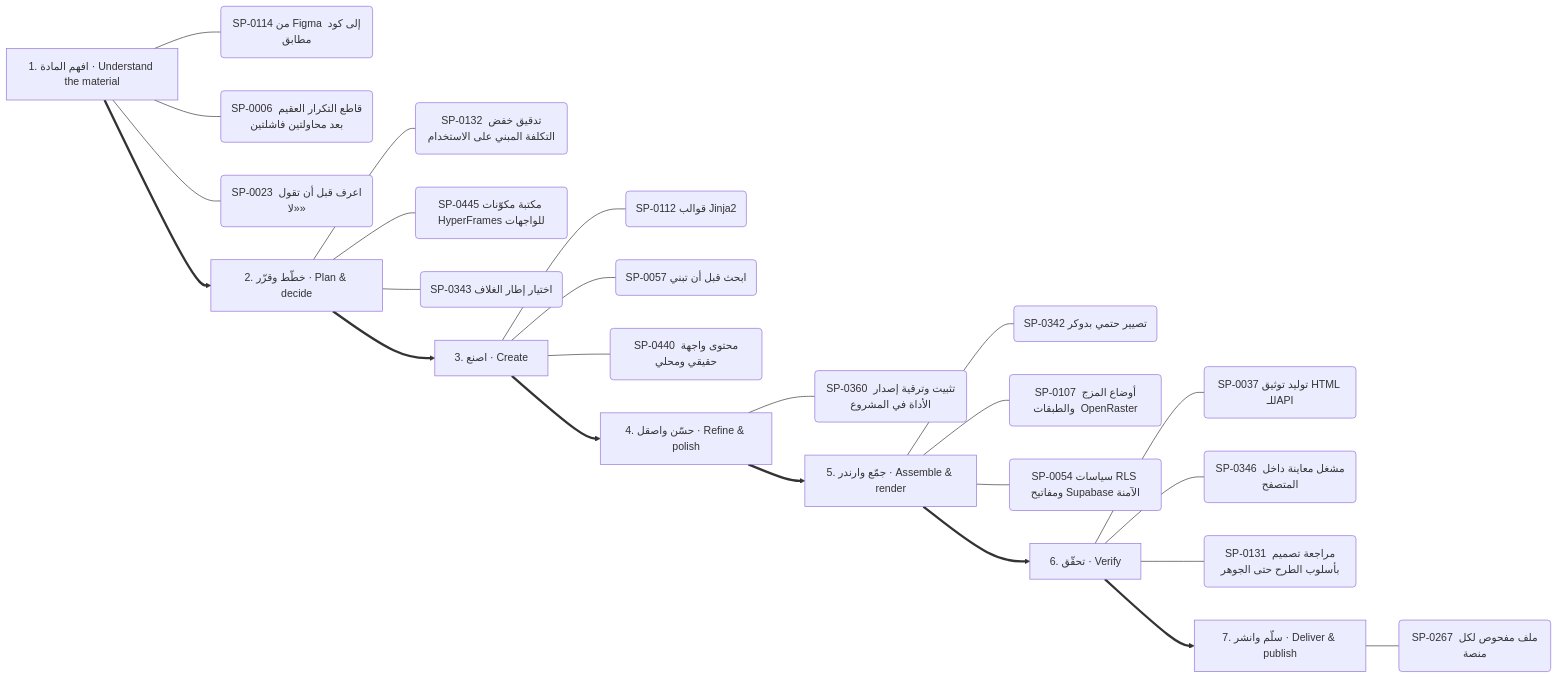
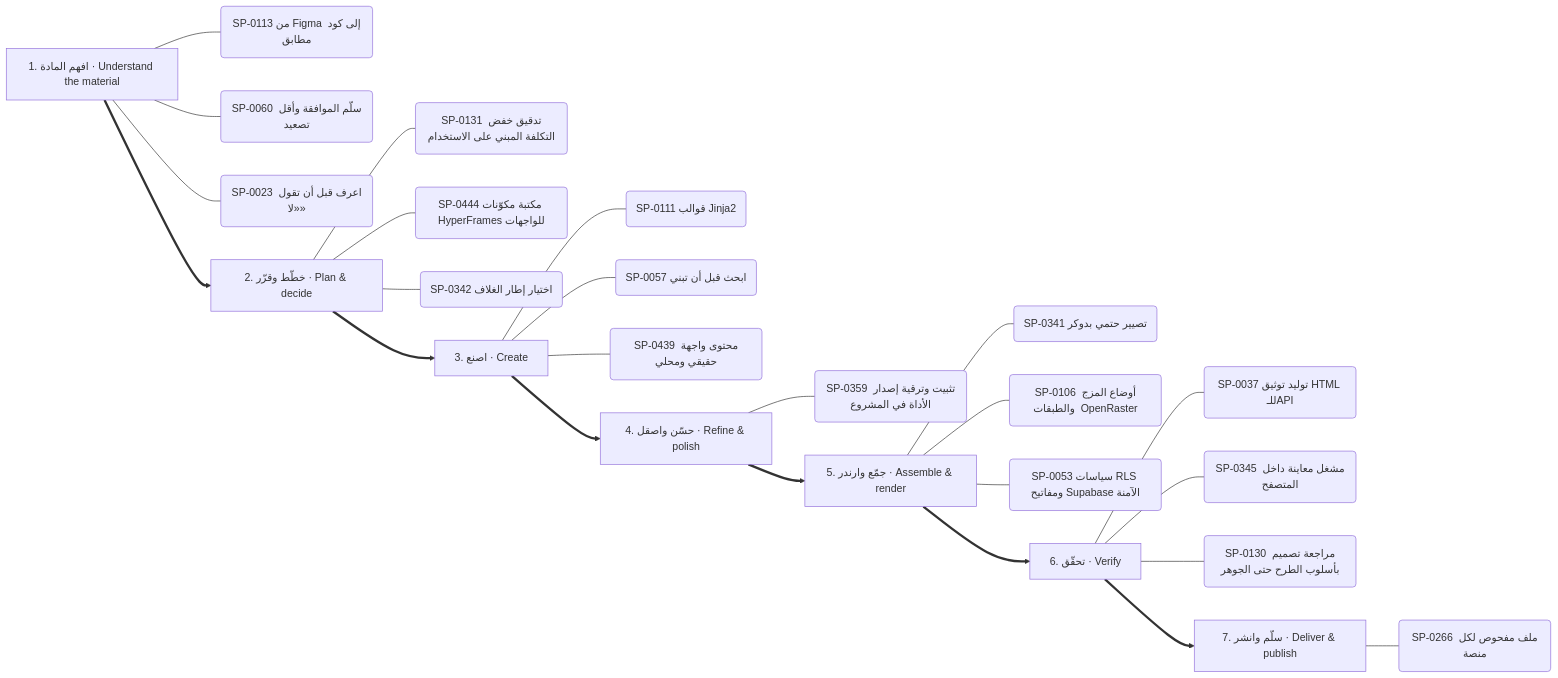
The ninth of 13 diagrams in .claude/skills/kosif-superpowers/references/capability-mindmap.md (kosif199022-jpg/kosif-tool), drawn with Mermaid before and after one commit. The commit also changed other lines of this file and 41 other files, not shown here.

````diff
--- a/.claude/skills/kosif-superpowers/references/capability-mindmap.md
+++ b/.claude/skills/kosif-superpowers/references/capability-mindmap.md
@@ -455,33 +456,33 @@
 ```mermaid
 flowchart LR
   S0["1. افهم المادة · Understand the material"]
-  S0 --- S0_0("SP-0114 من Figma إلى كود مطابق")
-  S0 --- S0_1("SP-0006 قاطع التكرار العقيم بعد محاولتين فاشلتين")
+  S0 --- S0_0("SP-0113 من Figma إلى كود مطابق")
+  S0 --- S0_1("SP-0060 سلّم الموافقة وأقل تصعيد")
   S0 --- S0_2("SP-0023 اعرف قبل أن تقول «لا»")
   S1["2. خطّط وقرّر · Plan & decide"]
-  S1 --- S1_0("SP-0132 تدقيق خفض التكلفة المبني على الاستخدام")
-  S1 --- S1_1("SP-0445 مكتبة مكوّنات HyperFrames للواجهات")
-  S1 --- S1_2("SP-0343 اختيار إطار الغلاف")
+  S1 --- S1_0("SP-0131 تدقيق خفض التكلفة المبني على الاستخدام")
+  S1 --- S1_1("SP-0444 مكتبة مكوّنات HyperFrames للواجهات")
+  S1 --- S1_2("SP-0342 اختيار إطار الغلاف")
   S0 ==> S1
   S2["3. اصنع · Create"]
-  S2 --- S2_0("SP-0112 قوالب Jinja2")
+  S2 --- S2_0("SP-0111 قوالب Jinja2")
   S2 --- S2_1("SP-0057 ابحث قبل أن تبني")
-  S2 --- S2_2("SP-0440 محتوى واجهة حقيقي ومحلي")
+  S2 --- S2_2("SP-0439 محتوى واجهة حقيقي ومحلي")
   S1 ==> S2
   S3["4. حسّن واصقل · Refine & polish"]
-  S3 --- S3_0("SP-0360 تثبيت وترقية إصدار الأداة في المشروع")
+  S3 --- S3_0("SP-0359 تثبيت وترقية إصدار الأداة في المشروع")
   S2 ==> S3
   S4["5. جمّع وارندر · Assemble & render"]
-  S4 --- S4_0("SP-0342 تصيير حتمي بدوكر")
-  S4 --- S4_1("SP-0107 أوضاع المزج والطبقات  OpenRaster ")
-  S4 --- S4_2("SP-0054 سياسات RLS ومفاتيح Supabase الآمنة")
+  S4 --- S4_0("SP-0341 تصيير حتمي بدوكر")
+  S4 --- S4_1("SP-0106 أوضاع المزج والطبقات  OpenRaster ")
+  S4 --- S4_2("SP-0053 سياسات RLS ومفاتيح Supabase الآمنة")
   S3 ==> S4
   S5["6. تحقّق · Verify"]
   S5 --- S5_0("SP-0037 توليد توثيق HTML للـAPI")
-  S5 --- S5_1("SP-0346 مشغل معاينة داخل المتصفح")
-  S5 --- S5_2("SP-0131 مراجعة تصميم بأسلوب الطرح حتى الجوهر")
+  S5 --- S5_1("SP-0345 مشغل معاينة داخل المتصفح")
+  S5 --- S5_2("SP-0130 مراجعة تصميم بأسلوب الطرح حتى الجوهر")
   S4 ==> S5
   S6["7. سلّم وانشر · Deliver & publish"]
-  S6 --- S6_0("SP-0267 ملف مفحوص لكل منصة")
+  S6 --- S6_0("SP-0266 ملف مفحوص لكل منصة")
   S5 ==> S6
 ```
````
